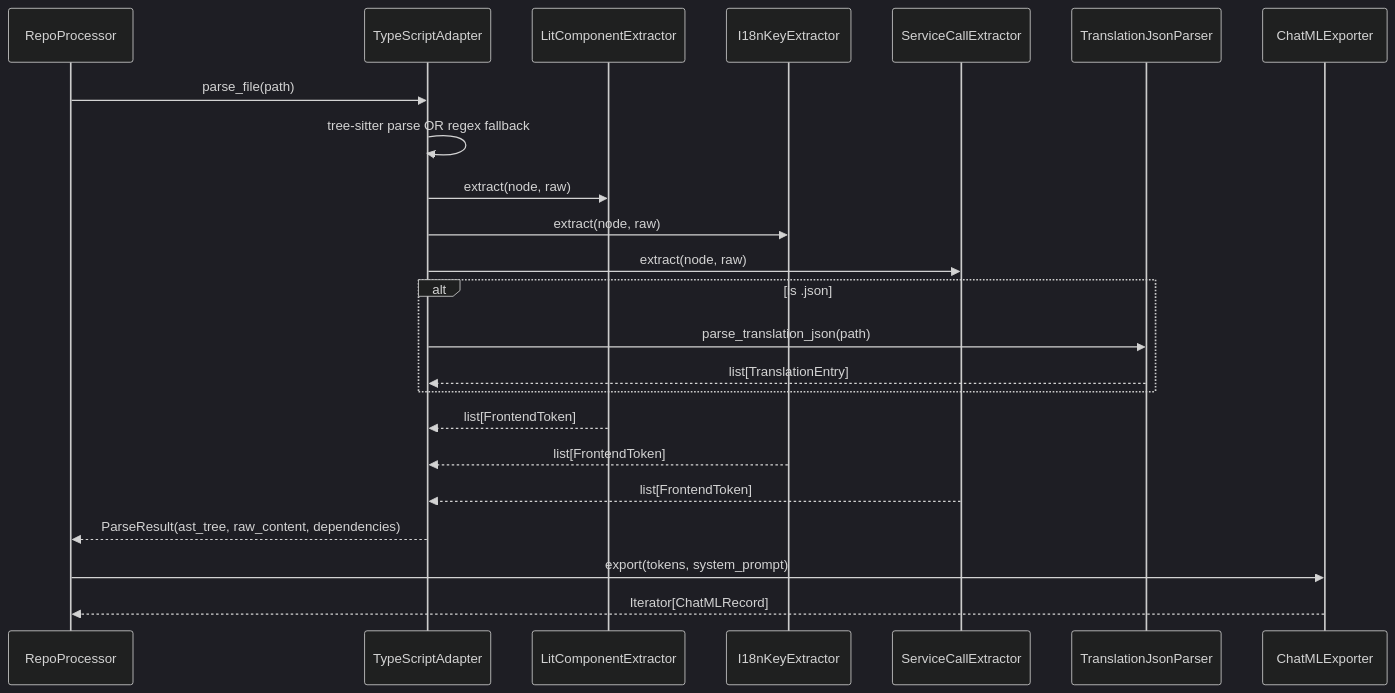
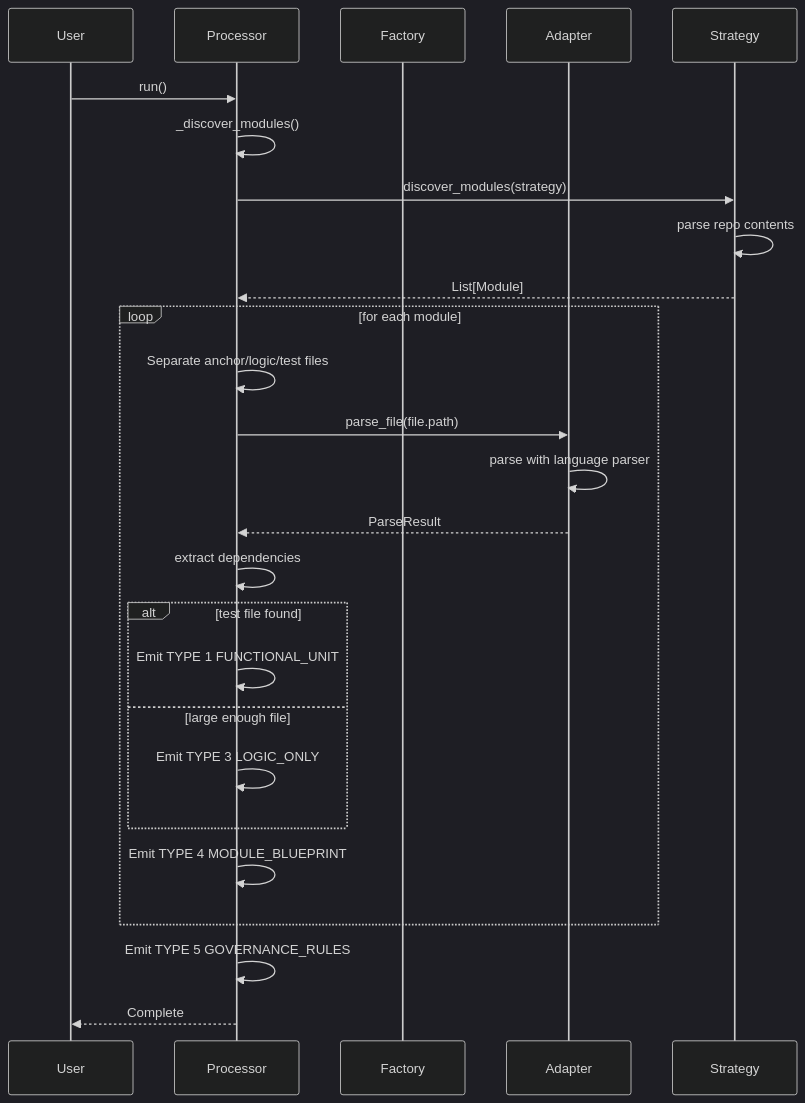
Before and after one commit to informatico-madrid/Architect-Expert-Gap-Forge: the second of 2 diagrams in specs/frontend-discovery-enhancement/design.md, drawn with Mermaid (dark theme). The commit also changed other lines of this file and 26 other files, not shown here.

````diff
--- a/specs/frontend-discovery-enhancement/design.md
+++ b/specs/frontend-discovery-enhancement/design.md
@@ -156,29 +184,33 @@
 ```mermaid
 sequenceDiagram
-    participant RP as RepoProcessor
-    participant TS as TypeScriptAdapter
-    participant Lit as LitComponentExtractor
-    participant I18n as I18nKeyExtractor
-    participant Svc as ServiceCallExtractor
-    participant TJSON as TranslationJsonParser
-    participant ChatML as ChatMLExporter
-
-    RP->>TS: parse_file(path)
-    TS->>TS: tree-sitter parse OR regex fallback
-    TS->>Lit: extract(node, raw)
-    TS->>I18n: extract(node, raw)
-    TS->>Svc: extract(node, raw)
-
-    alt is .json
-        TS->>TJSON: parse_translation_json(path)
-        TJSON-->>TS: list[TranslationEntry]
+    participant User
+    participant Processor
+    participant Factory
+    participant Adapter
+    participant Strategy
+    
+    User->>Processor: run()
+    Processor->>Processor: _discover_modules()
+    Processor->>Strategy: discover_modules(strategy)
+    Strategy->>Strategy: parse repo contents
+    Strategy-->>Processor: List[Module]
+    
+    loop for each module
+        Processor->>Processor: Separate anchor/logic/test files
+        Processor->>Adapter: parse_file(file.path)
+        Adapter->>Adapter: parse with language parser
+        Adapter-->>Processor: ParseResult
+        Processor->>Processor: extract dependencies
+        
+        alt test file found
+            Processor->>Processor: Emit TYPE 1 FUNCTIONAL_UNIT
+        else large enough file
+            Processor->>Processor: Emit TYPE 3 LOGIC_ONLY
+        end
+        
+        Processor->>Processor: Emit TYPE 4 MODULE_BLUEPRINT
     end
-
-    Lit-->>TS: list[FrontendToken]
-    I18n-->>TS: list[FrontendToken]
-    Svc-->>TS: list[FrontendToken]
-    TS-->>RP: ParseResult(ast_tree, raw_content, dependencies)
-
-    RP->>ChatML: export(tokens, system_prompt)
-    ChatML-->>RP: Iterator[ChatMLRecord]
+    
+    Processor->>Processor: Emit TYPE 5 GOVERNANCE_RULES
+    Processor-->>User: Complete
 ```
````
